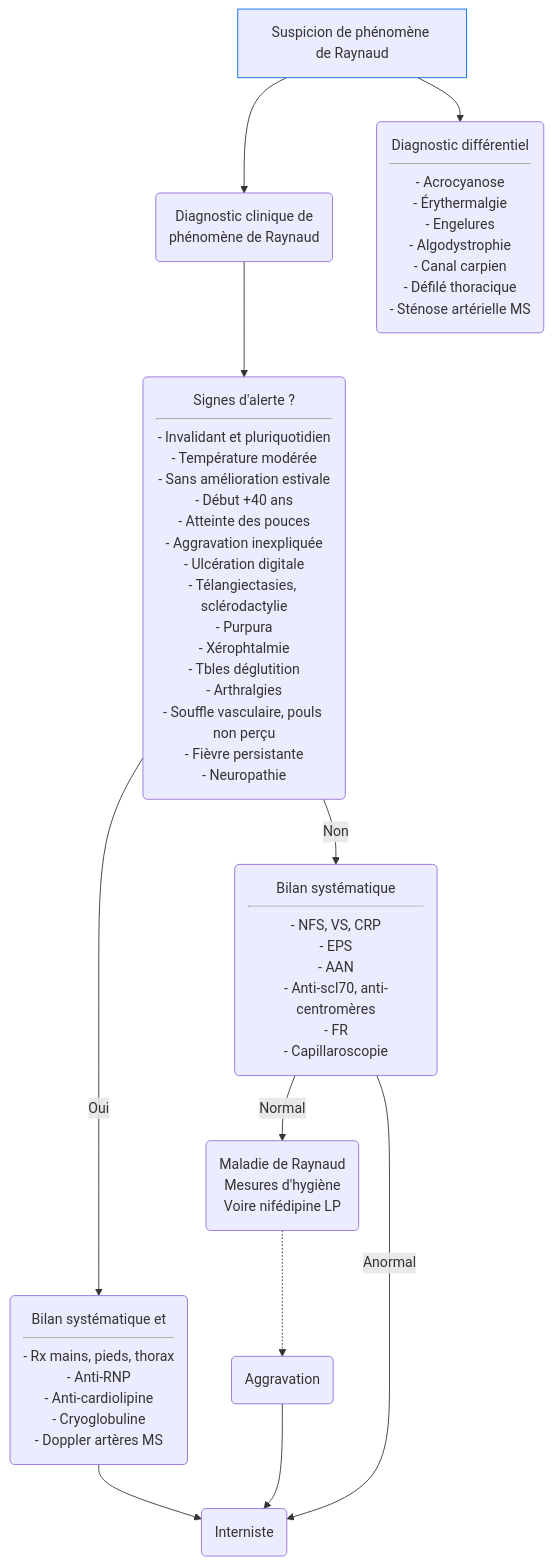
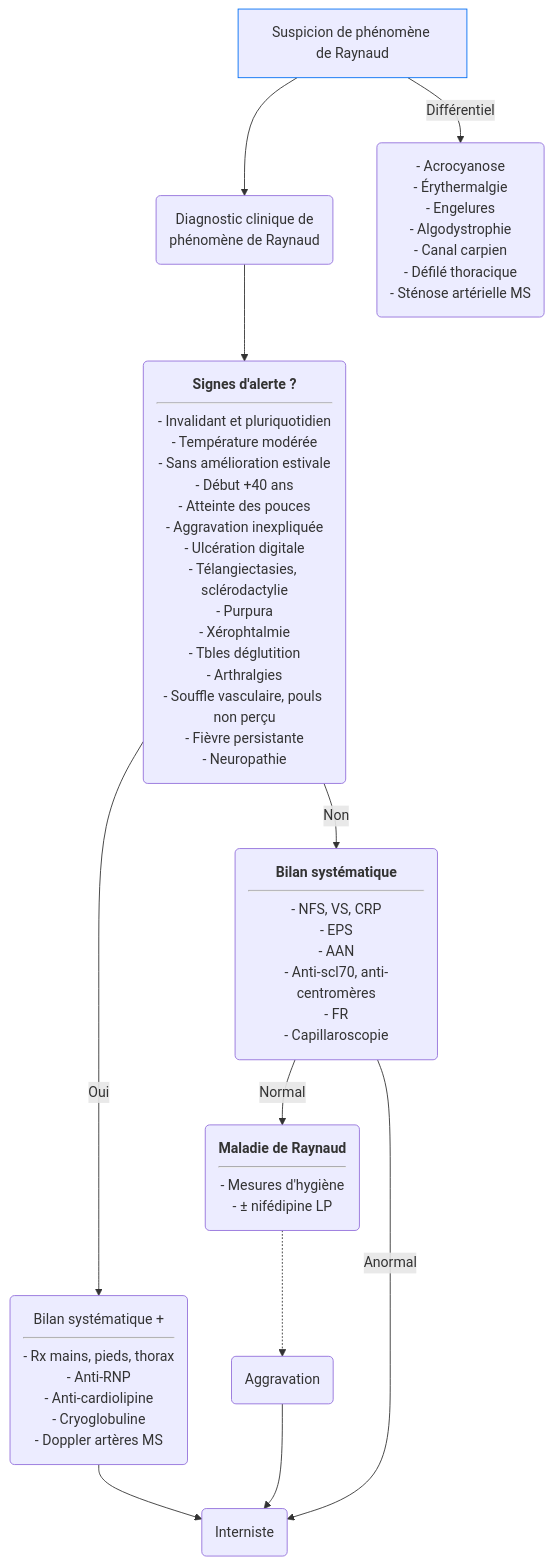
The diagram in content/recommandations/phenomene-raynaud.md (djibe/recommandations-medicales), drawn with Mermaid before and after one commit. The commit also changed other lines of this file and 16 other files, not shown here.

```diff
--- a/content/recommandations/phenomene-raynaud.md
+++ b/content/recommandations/phenomene-raynaud.md
@@ -213,14 +213,14 @@
 {{< mermaid title="Conduite à tenir devant un phénomène de Raynaud. Dr JB FRON d'après SFMV 2013" >}}
 graph TB
 susp[Suspicion de phénomène de Raynaud]
 style susp stroke:#006ef4, stroke-width:1px
   susp --> diagnostic("Diagnostic clinique de<br>phénomène de Raynaud")
-  susp --> differentiel("Diagnostic différentiel<hr>- Acrocyanose<br>- Érythermalgie<br>- Engelures<br>- Algodystrophie<br>- Canal carpien<br>- Défilé thoracique<br>- Sténose artérielle MS")
-    diagnostic --> gravite("Signes d'alerte ?<hr>- Invalidant et pluriquotidien<br>- Température modérée<br>- Sans amélioration estivale<br>- Début +40 ans<br>- Atteinte des pouces<br>- Aggravation inexpliquée<br>- Ulcération digitale<br>- Télangiectasies, sclérodactylie<br>- Purpura<br>- Xérophtalmie<br>- Tbles déglutition<br>- Arthralgies<br>- Souffle vasculaire, pouls non perçu<br>- Fièvre persistante<br>- Neuropathie")
-    gravite -- Oui --> bilanComp("Bilan systématique et<hr>- Rx mains, pieds, thorax<br>- Anti-RNP<br>- Anti-cardiolipine<br>- Cryoglobuline<br>- Doppler artères MS")
+  susp -- Différentiel --> differentiel("- Acrocyanose<br>- Érythermalgie<br>- Engelures<br>- Algodystrophie<br>- Canal carpien<br>- Défilé thoracique<br>- Sténose artérielle MS")
+    diagnostic --> gravite("<b>Signes d'alerte ?</b><hr>- Invalidant et pluriquotidien<br>- Température modérée<br>- Sans amélioration estivale<br>- Début +40 ans<br>- Atteinte des pouces<br>- Aggravation inexpliquée<br>- Ulcération digitale<br>- Télangiectasies, sclérodactylie<br>- Purpura<br>- Xérophtalmie<br>- Tbles déglutition<br>- Arthralgies<br>- Souffle vasculaire, pouls non perçu<br>- Fièvre persistante<br>- Neuropathie")
+    gravite -- Oui --> bilanComp("Bilan systématique +<hr>- Rx mains, pieds, thorax<br>- Anti-RNP<br>- Anti-cardiolipine<br>- Cryoglobuline<br>- Doppler artères MS")
       bilanComp --> interniste(Interniste)
-    gravite -- Non --> bilan("Bilan systématique<hr>- NFS, VS, CRP<br>- EPS<br>- AAN<br>- Anti-scl70, anti-centromères<br>- FR<br>- Capillaroscopie")
-      bilan -- Normal --> maladie("Maladie de Raynaud<br>Mesures d'hygiène<br>Voire nifédipine LP")
+    gravite -- Non --> bilan("<b>Bilan systématique</b><hr>- NFS, VS, CRP<br>- EPS<br>- AAN<br>- Anti-scl70, anti-centromères<br>- FR<br>- Capillaroscopie")
+      bilan -- Normal --> maladie("<b>Maladie de Raynaud</b><hr>- Mesures d'hygiène<br>- &plusmn; nifédipine LP")
         maladie -.-> aggravation(Aggravation) --> interniste
       bilan -- Anormal --> interniste
 {{< /mermaid >}}
```
